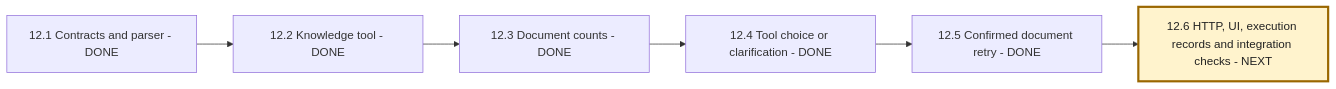
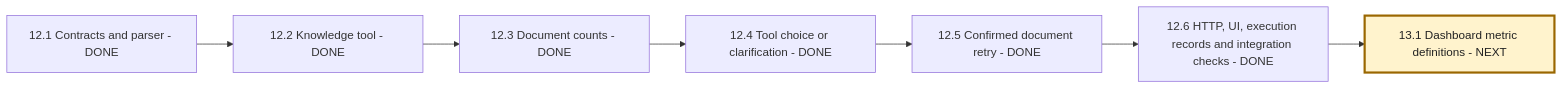
One commit to msdian0007/nexaAi changed the fourth of 4 diagrams in NEXAAI_ROADMAP.md. Above: the diagram before and after it, drawn with Mermaid. The commit also changed other lines of this file and 17 other files, not shown here.

````diff
--- a/NEXAAI_ROADMAP.md
+++ b/NEXAAI_ROADMAP.md
@@ -305,9 +305,10 @@
 ```mermaid
 flowchart LR
     A[12.1 Contracts and parser - DONE] --> B[12.2 Knowledge tool - DONE]
     B --> C[12.3 Document counts - DONE]
     C --> D[12.4 Tool choice or clarification - DONE]
     D --> E[12.5 Confirmed document retry - DONE]
-    E --> F[12.6 HTTP, UI, execution records and integration checks - NEXT]
-    style F fill:#fff3cd,stroke:#9a6700,stroke-width:3px,color:#222
+    E --> F[12.6 HTTP, UI, execution records and integration checks - DONE]
+    F --> G[13.1 Dashboard metric definitions - NEXT]
+    style G fill:#fff3cd,stroke:#9a6700,stroke-width:3px,color:#222
 ```
````
